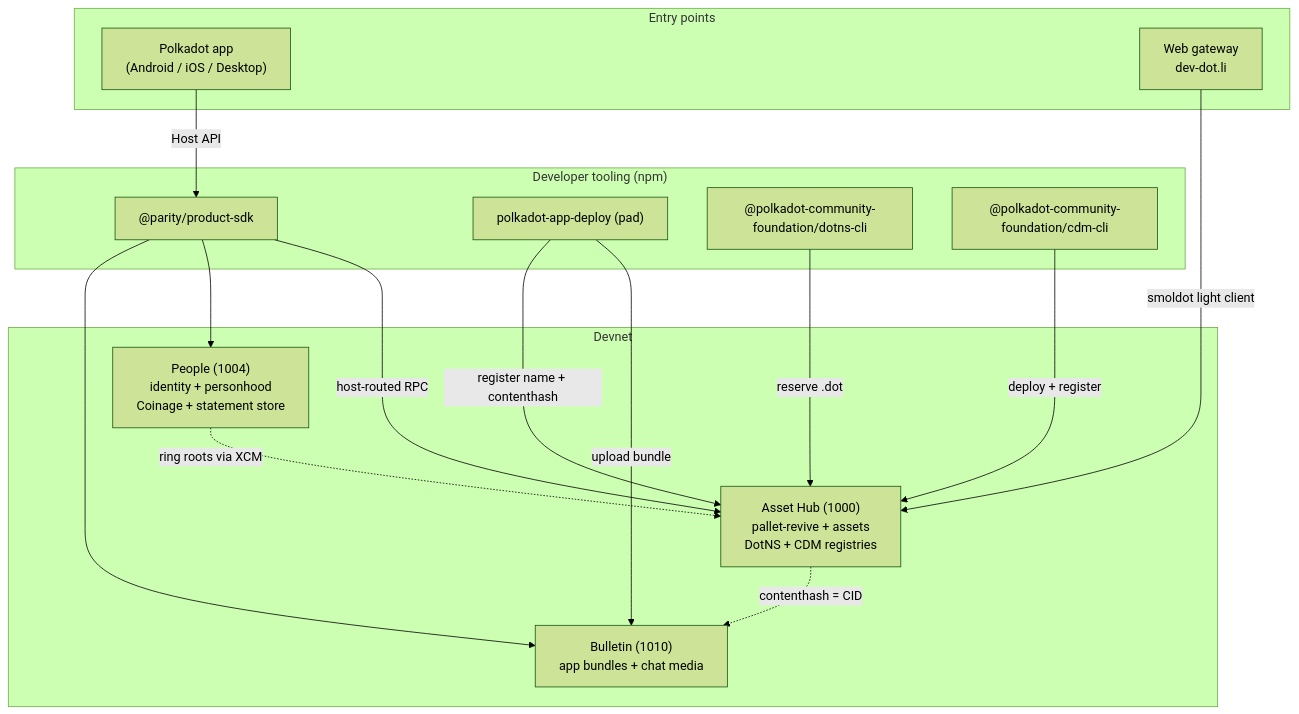
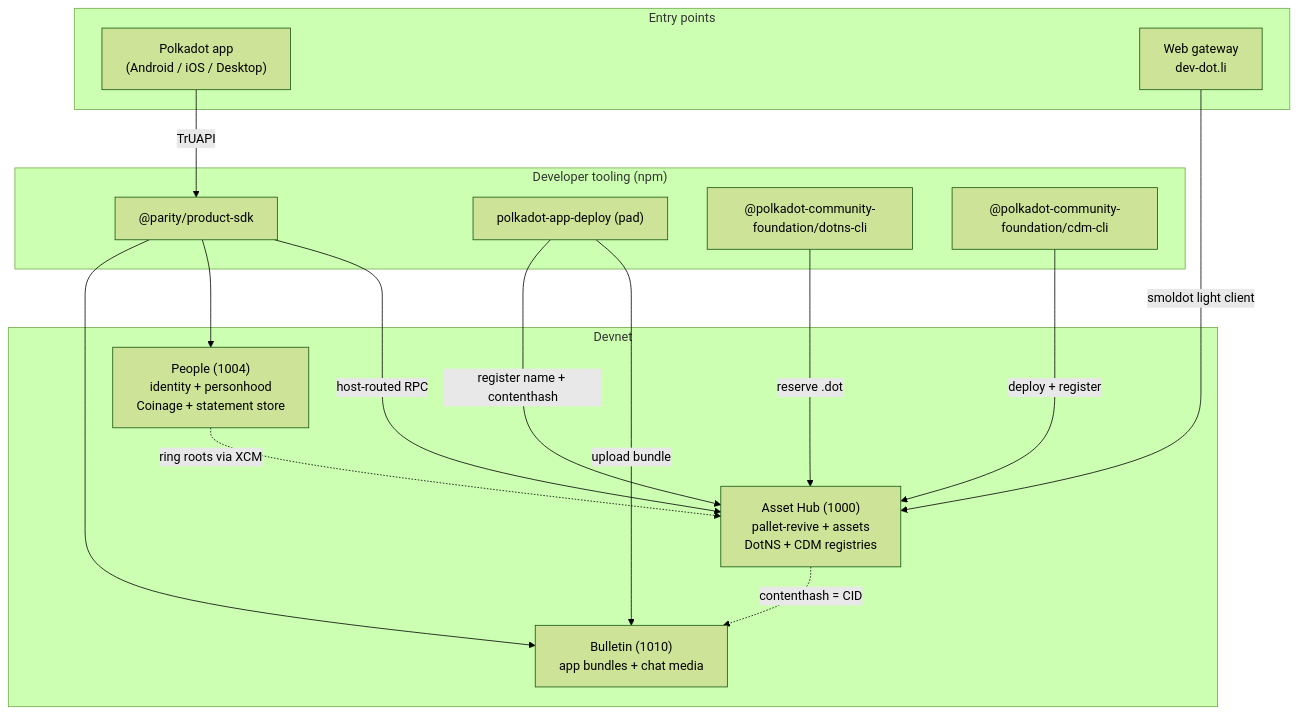
Before and after one commit to Polkadot-Community-Foundation/polkadot-app-docs: the first of 2 diagrams in docs/architecture/index.md, drawn with Mermaid (forest theme). The commit also changed other lines of this file and 22 other files, not shown here.

````diff
--- a/docs/architecture/index.md
+++ b/docs/architecture/index.md
@@ -47,34 +47,34 @@
 ```mermaid
 flowchart TD
   subgraph Clients["Entry points"]
     APP["Polkadot app<br/>(Android / iOS / Desktop)"]
     GW["Web gateway<br/>dev-dot.li"]
   end
 
   subgraph Dev["Developer tooling (npm)"]
     SDK["@parity/product-sdk"]
     PAD["polkadot-app-deploy (pad)"]
     DOTNS["@polkadot-community-foundation/dotns-cli"]
     CDM["@polkadot-community-foundation/cdm-cli"]
   end
 
   subgraph Net["Devnet"]
     AH["Asset Hub (1000)<br/>pallet-revive + assets<br/>DotNS + CDM registries"]
     PEOPLE["People (1004)<br/>identity + personhood<br/>Coinage + statement store"]
     BULLETIN["Bulletin (1010)<br/>app bundles + chat media"]
   end
 
-  APP -->|Host API| SDK
+  APP -->|TrUAPI| SDK
   GW -->|smoldot light client| AH
   SDK -->|host-routed RPC| AH
   SDK --> PEOPLE
   SDK --> BULLETIN
 
   PAD -->|upload bundle| BULLETIN
   PAD -->|register name + contenthash| AH
   DOTNS -->|reserve .dot| AH
   CDM -->|deploy + register| AH
 
   AH -.->|contenthash = CID| BULLETIN
   PEOPLE -.->|ring roots via XCM| AH
 ```
````
